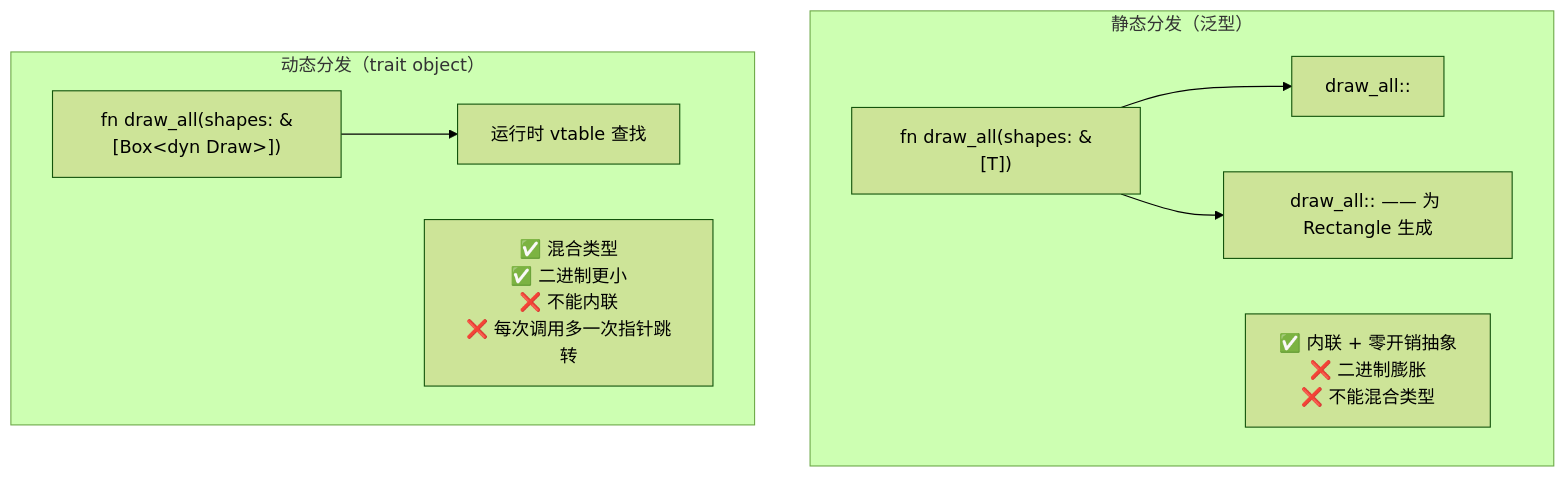
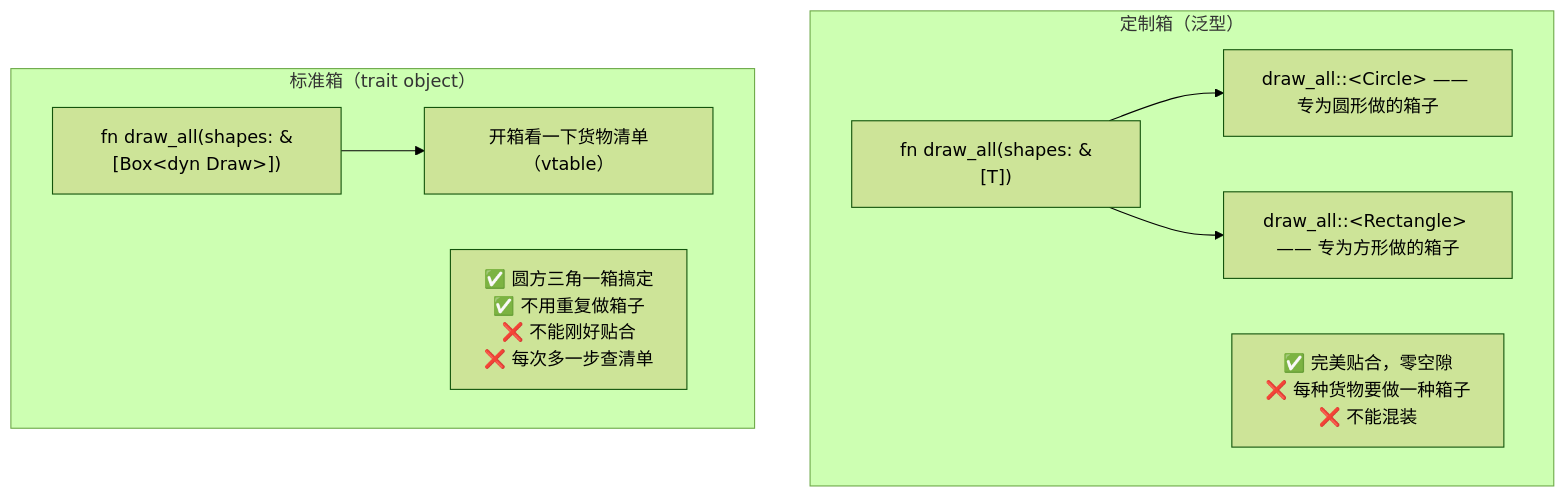
One commit to qknow-0/blog changed the first of 2 diagrams in languages/rust/box-dyn.md. Above: the diagram before and after it, drawn with Mermaid (forest theme). The commit also changed other lines of this file and 10 other files, not shown here.

Commit message:
docs: Rust 全系列比喻重写——搬家/停车票/背包/快递/应聘/集装箱/图书馆/公寓楼/食品质检/酒店

````diff
--- a/languages/rust/box-dyn.md
+++ b/languages/rust/box-dyn.md
@@ -68,18 +72,18 @@
 ```mermaid
 flowchart TB
-    subgraph Static["静态分发（泛型）"]
+    subgraph Static["定制箱（泛型）"]
         SCode["fn draw_all<T: Draw>(shapes: &[T])"]
-        SMono1["draw_all::<Circle> —— 为 Circle 生成"]
-        SMono2["draw_all::<Rectangle> —— 为 Rectangle 生成"]
+        SMono1["draw_all::&lt;Circle&gt; —— 专为圆形做的箱子"]
+        SMono2["draw_all::&lt;Rectangle&gt; —— 专为方形做的箱子"]
         SCode --> SMono1
         SCode --> SMono2
-        SPerf["✅ 内联 + 零开销抽象<br/>❌ 二进制膨胀<br/>❌ 不能混合类型"]
+        SPerf["✅ 完美贴合，零空隙<br/>❌ 每种货物要做一种箱子<br/>❌ 不能混装"]
     end
 
-    subgraph Dynamic["动态分发（trait object）"]
+    subgraph Dynamic["标准箱（trait object）"]
         DCode["fn draw_all(shapes: &[Box&lt;dyn Draw&gt;])"]
-        DVTable["运行时 vtable 查找"]
+        DVTable["开箱看一下货物清单（vtable）"]
         DCode --> DVTable
-        DPerf["✅ 混合类型<br/>✅ 二进制更小<br/>❌ 不能内联<br/>❌ 每次调用多一次指针跳转"]
+        DPerf["✅ 圆方三角一箱搞定<br/>✅ 不用重复做箱子<br/>❌ 不能刚好贴合<br/>❌ 每次多一步查清单"]
     end
 ```
````
